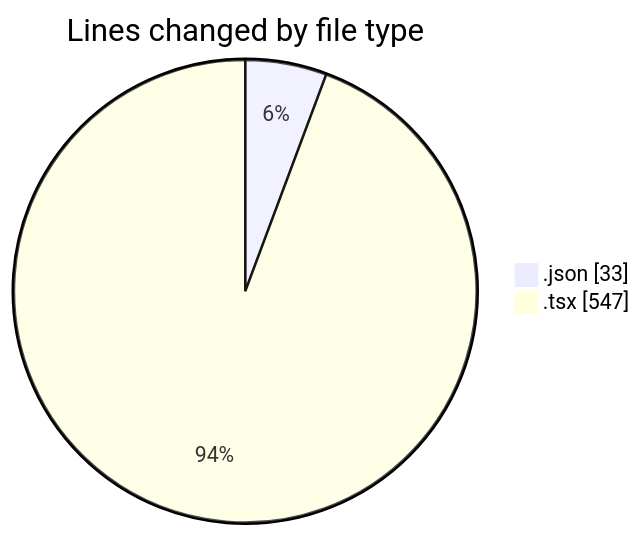
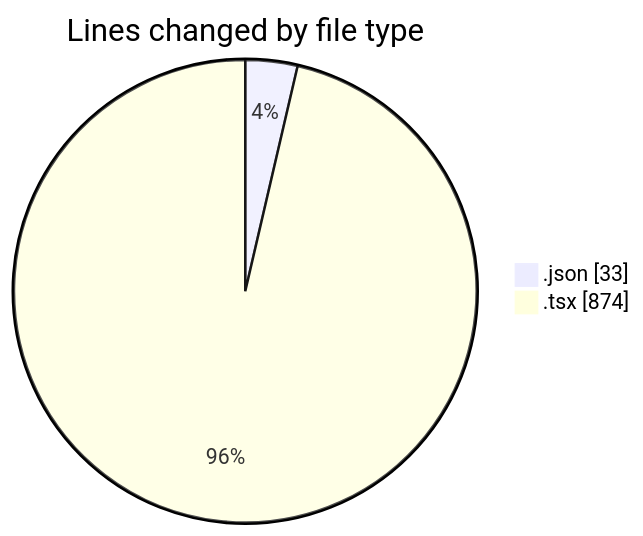
Before and after one commit to Elitesun/code-tracking: the first of 2 diagrams in 2025-03-11/projet_stage/README.md, drawn with Mermaid. The commit also changed other lines of this file and 1 other file, not shown here.

````diff
--- a/2025-03-11/projet_stage/README.md
+++ b/2025-03-11/projet_stage/README.md
@@ -26,6 +28,6 @@
 ```mermaid
 pie showData
 title Lines changed by file type
 ".json" : 33
-".tsx" : 547
+".tsx" : 874
 ```
````
